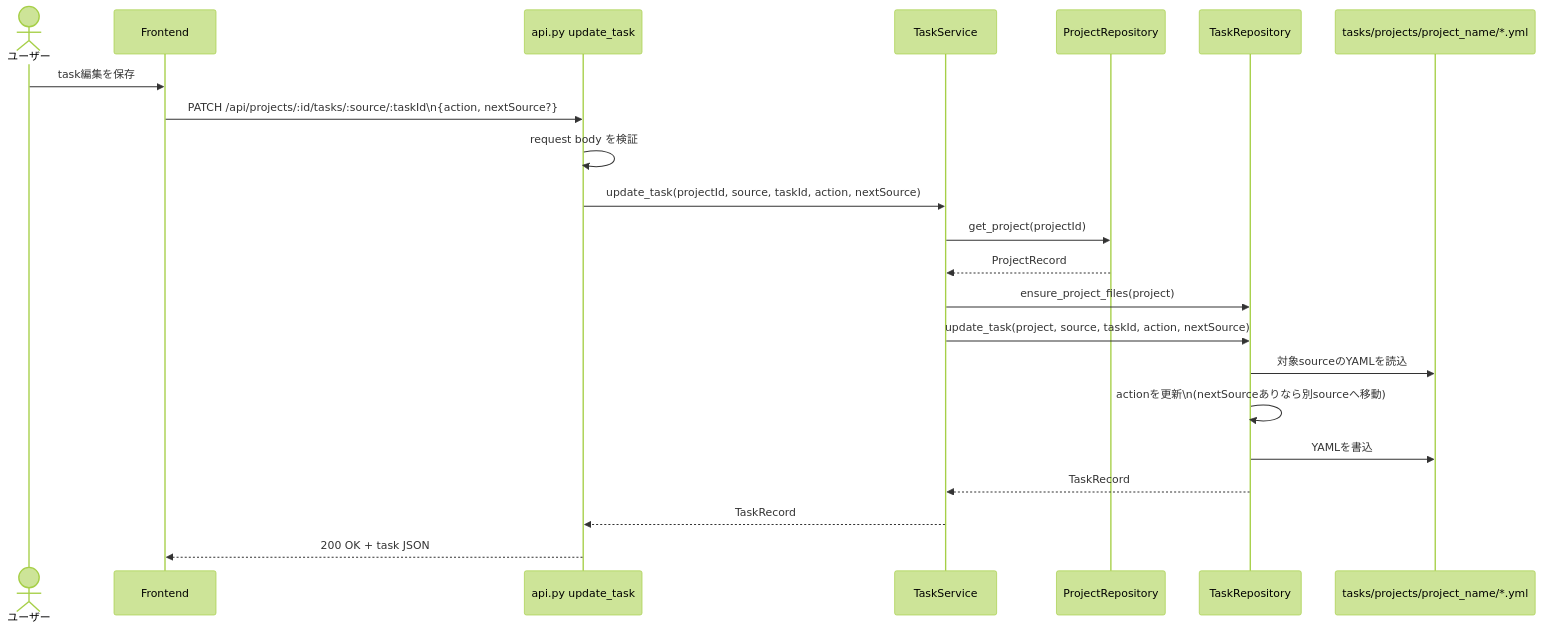
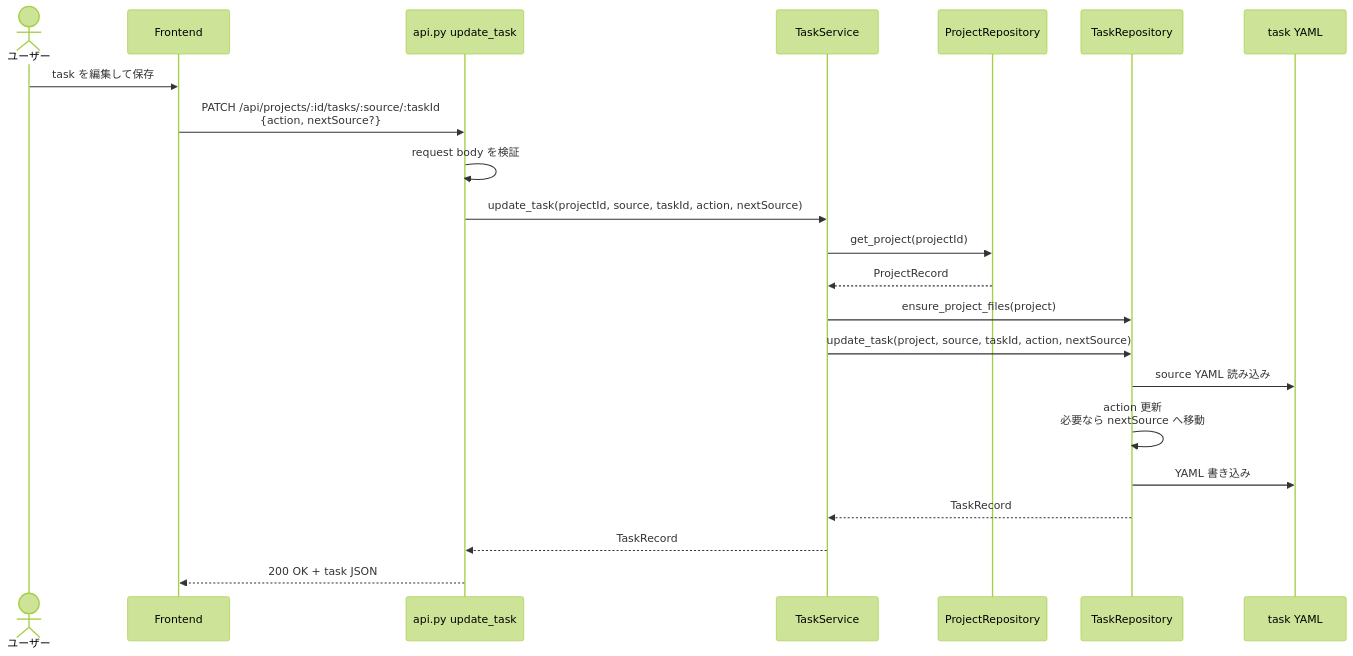
The second of 4 diagrams in docs/backend.md (sunb256/vibe-task), drawn with Mermaid (forest theme) before and after one commit. The commit also changed other lines of this file and 7 other files, not shown here.

````diff
--- a/docs/backend.md
+++ b/docs/backend.md
@@ -77,25 +95,28 @@
 ```mermaid
 sequenceDiagram
-  actor User as ユーザー
-  participant Front as Frontend
-  participant Api as api.py update_task
-  participant Service as TaskService
-  participant ProjectRepo as ProjectRepository
-  participant TaskRepo as TaskRepository
-  participant Yaml as tasks/projects/project_name/*.yml
+    actor User as ユーザー
+    participant Front as Frontend
+    participant Api as api.py update_task
+    participant Service as TaskService
+    participant ProjectRepo as ProjectRepository
+    participant TaskRepo as TaskRepository
+    participant TaskYaml as task YAML
 
-  User->>Front: task編集を保存
-  Front->>Api: PATCH /api/projects/:id/tasks/:source/:taskId\n{action, nextSource?}
-  Api->>Api: request body を検証
-  Api->>Service: update_task(projectId, source, taskId, action, nextSource)
-  Service->>ProjectRepo: get_project(projectId)
-  ProjectRepo-->>Service: ProjectRecord
-  Service->>TaskRepo: ensure_project_files(project)
-  Service->>TaskRepo: update_task(project, source, taskId, action, nextSource)
-  TaskRepo->>Yaml: 対象sourceのYAMLを読込
-  TaskRepo->>TaskRepo: actionを更新\n(nextSourceありなら別sourceへ移動)
-  TaskRepo->>Yaml: YAMLを書込
-  TaskRepo-->>Service: TaskRecord
-  Service-->>Api: TaskRecord
-  Api-->>Front: 200 OK + task JSON
+    User->>Front: task を編集して保存
+    Front->>Api: PATCH /api/projects/:id/tasks/:source/:taskId<br/>{action, nextSource?}
+    Api->>Api: request body を検証
+    Api->>Service: update_task(projectId, source, taskId, action, nextSource)
+
+    Service->>ProjectRepo: get_project(projectId)
+    ProjectRepo-->>Service: ProjectRecord
+    Service->>TaskRepo: ensure_project_files(project)
+    Service->>TaskRepo: update_task(project, source, taskId, action, nextSource)
+
+    TaskRepo->>TaskYaml: source YAML 読み込み
+    TaskRepo->>TaskRepo: action 更新<br/>必要なら nextSource へ移動
+    TaskRepo->>TaskYaml: YAML 書き込み
+    TaskRepo-->>Service: TaskRecord
+
+    Service-->>Api: TaskRecord
+    Api-->>Front: 200 OK + task JSON
 ```
````
